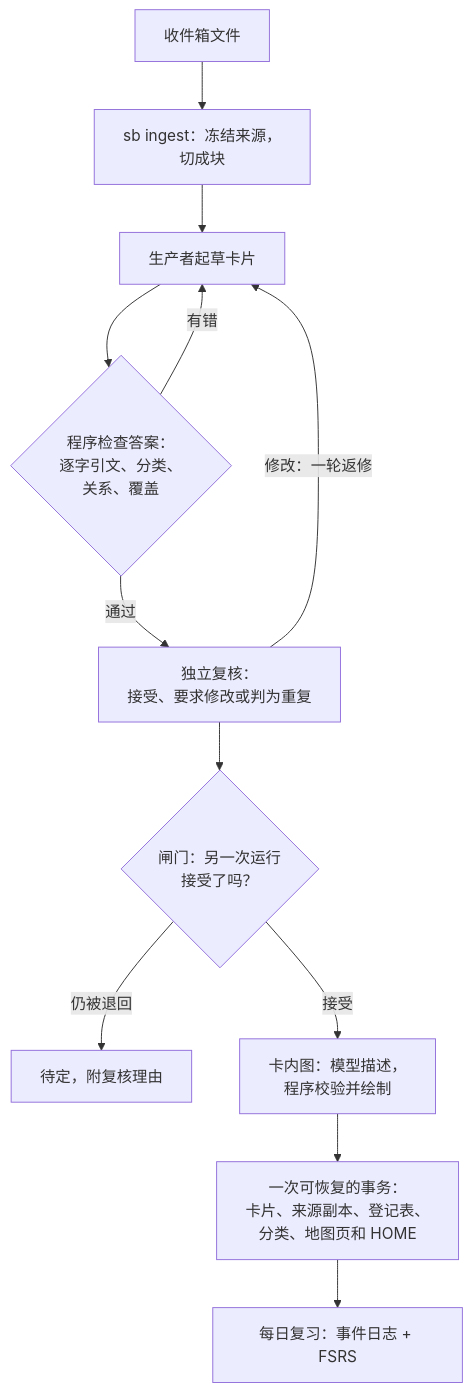
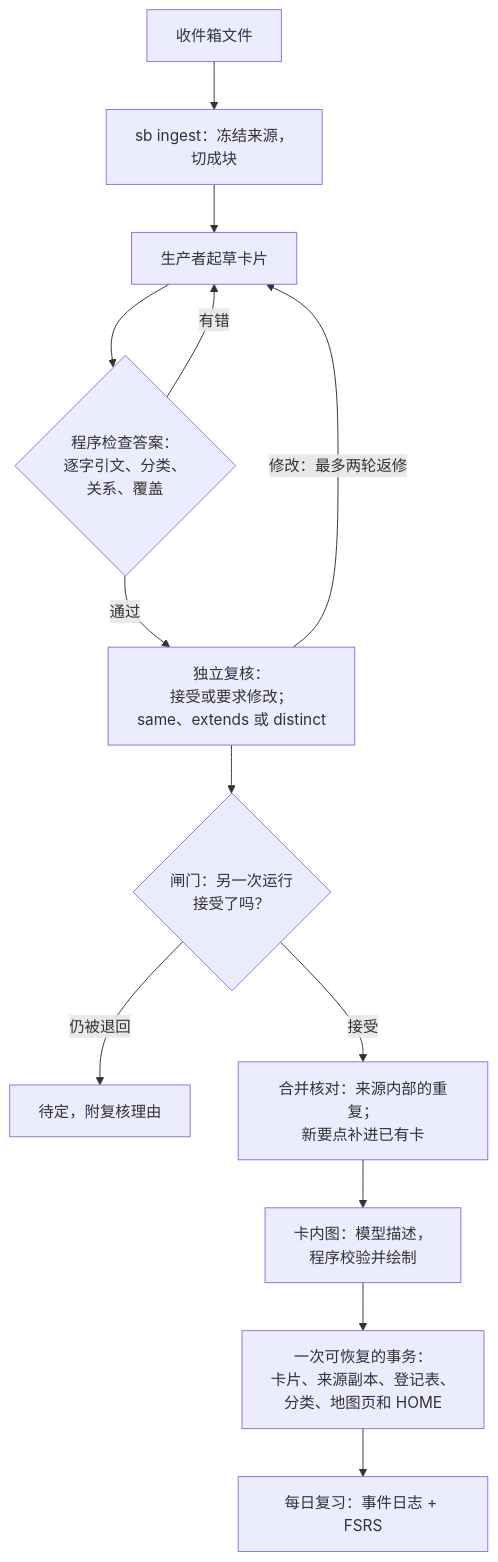
One commit to zlxdengtianhei/Second-Brain changed the diagram in README.zh-CN.md. Above: the diagram before and after it, drawn with Mermaid. The commit also changed other lines of this file and 12 other files, not shown here.

````diff
--- a/README.zh-CN.md
+++ b/README.zh-CN.md
@@ -74,14 +75,15 @@
 ```mermaid
 flowchart TD
     inbox["收件箱文件"] --> freeze["sb ingest：冻结来源，<br/>切成块"]
     freeze --> produce["生产者起草卡片"]
     produce --> check{"程序检查答案：<br/>逐字引文、分类、<br/>关系、覆盖"}
     check -- "有错" --> produce
-    check -- "通过" --> review["独立复核：<br/>接受、要求修改或判为重复"]
-    review -- "修改：一轮返修" --> produce
+    check -- "通过" --> review["独立复核：<br/>接受或要求修改；<br/>same、extends 或 distinct"]
+    review -- "修改：最多两轮返修" --> produce
     review --> gate{"闸门：另一次运行<br/>接受了吗？"}
     gate -- "仍被退回" --> pending["待定，附复核理由"]
-    gate -- "接受" --> diagram["卡内图：模型描述，<br/>程序校验并绘制"]
+    gate -- "接受" --> merge["合并核对：来源内部的重复；<br/>新要点补进已有卡"]
+    merge --> diagram["卡内图：模型描述，<br/>程序校验并绘制"]
     diagram --> write["一次可恢复的事务：<br/>卡片、来源副本、登记表、<br/>分类、地图页和 HOME"]
     write --> daily["每日复习：事件日志 + FSRS"]
 ```
````
